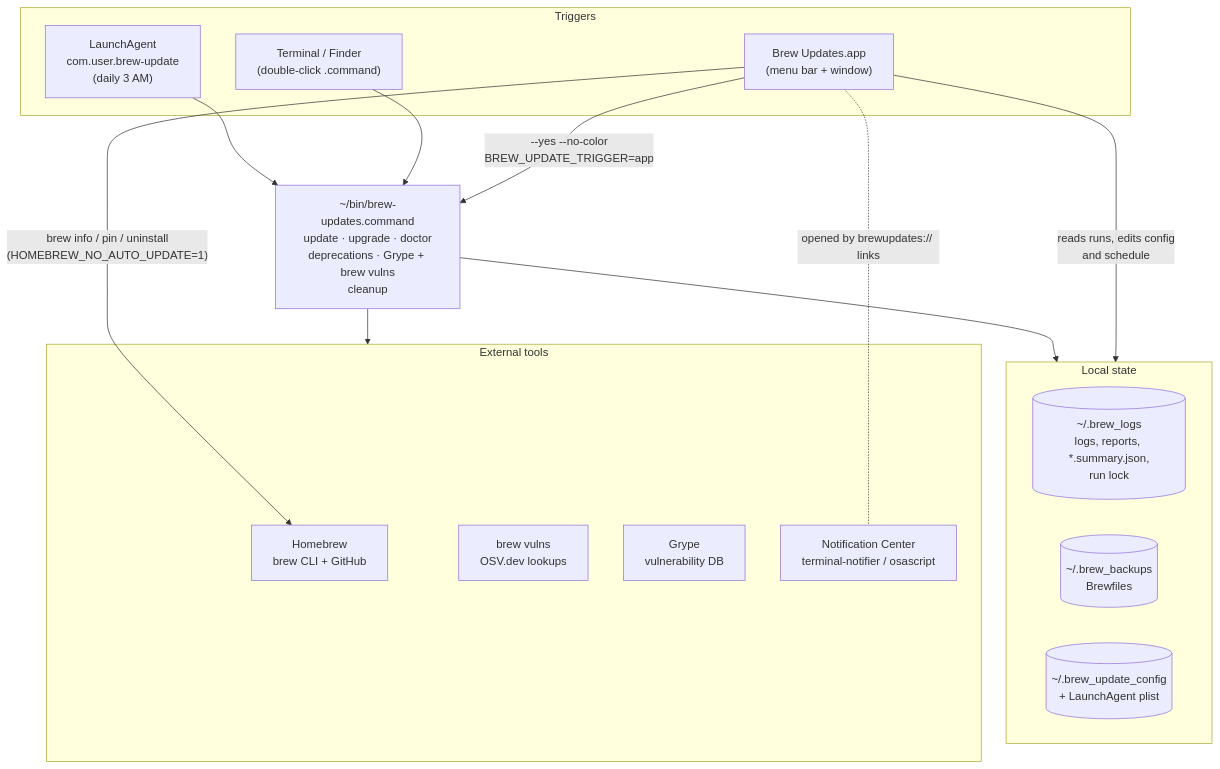
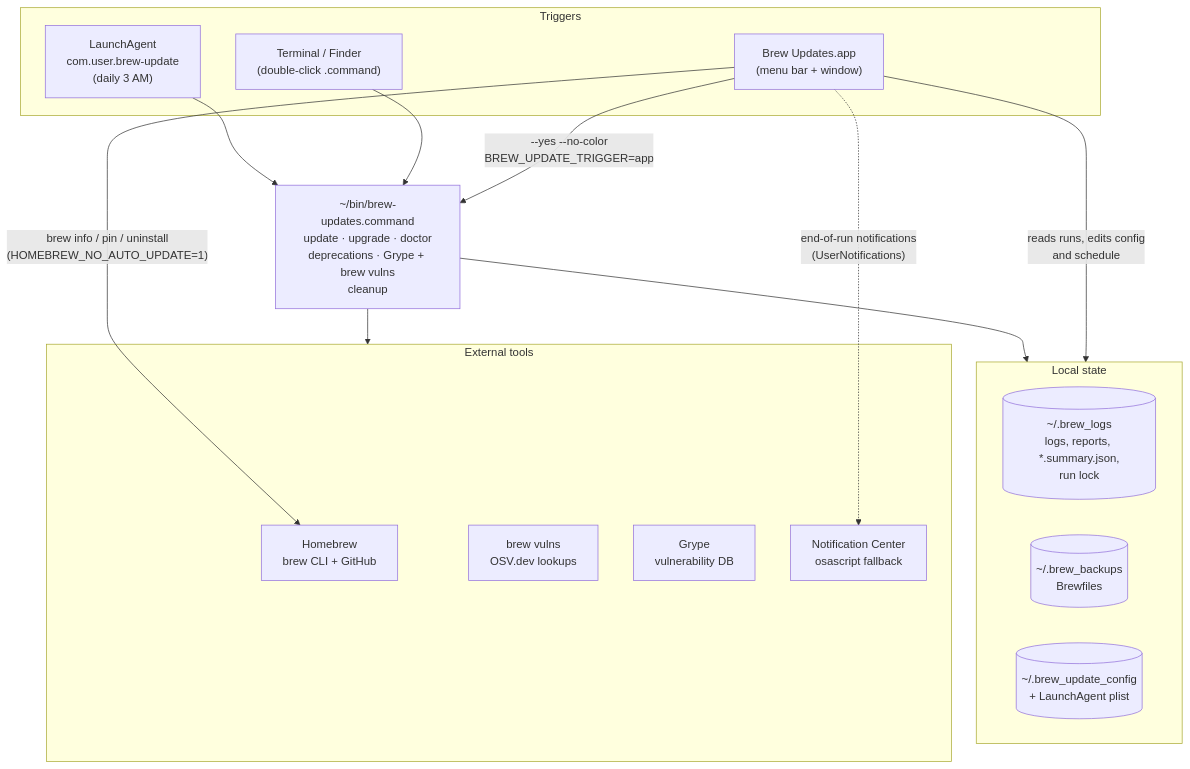
The first of 6 diagrams in README.md (jxman/homebrew-update-assistant), drawn with Mermaid before and after one commit. The commit also changed other lines of this file and 19 other files, not shown here.

First line of the commit message:
feat: app shows run notifications; drop terminal-notifier (script 2.5.0, app 1.2.0)

````diff
--- a/README.md
+++ b/README.md
@@ -70,32 +70,32 @@
 ```mermaid
 flowchart TB
     subgraph triggers["Triggers"]
         agent["LaunchAgent<br/>com.user.brew-update<br/>(daily 3 AM)"]
         user["Terminal / Finder<br/>(double-click .command)"]
         app["Brew Updates.app<br/>(menu bar + window)"]
     end
 
     script["~/bin/brew-updates.command<br/>update · upgrade · doctor<br/>deprecations · Grype + brew vulns<br/>cleanup"]
 
     subgraph files["Local state"]
         logs[("~/.brew_logs<br/>logs, reports, *.summary.json,<br/>run lock")]
         backups[("~/.brew_backups<br/>Brewfiles")]
         config[("~/.brew_update_config<br/>+ LaunchAgent plist")]
     end
 
     subgraph tools["External tools"]
         brew["Homebrew<br/>brew CLI + GitHub"]
         osv["brew vulns<br/>OSV.dev lookups"]
         grype["Grype<br/>vulnerability DB"]
-        notify["Notification Center<br/>terminal-notifier / osascript"]
+        notify["Notification Center<br/>osascript fallback"]
     end
 
     agent --> script
     user --> script
     app -- "--yes --no-color<br/>BREW_UPDATE_TRIGGER=app" --> script
     script --> files
     script --> tools
     app -- "reads runs, edits config<br/>and schedule" --> files
     app -- "brew info / pin / uninstall<br/>(HOMEBREW_NO_AUTO_UPDATE=1)" --> brew
-    app -. "opened by brewupdates:// links" .- notify
+    app -. "end-of-run notifications<br/>(UserNotifications)" .-> notify
 ```
````
